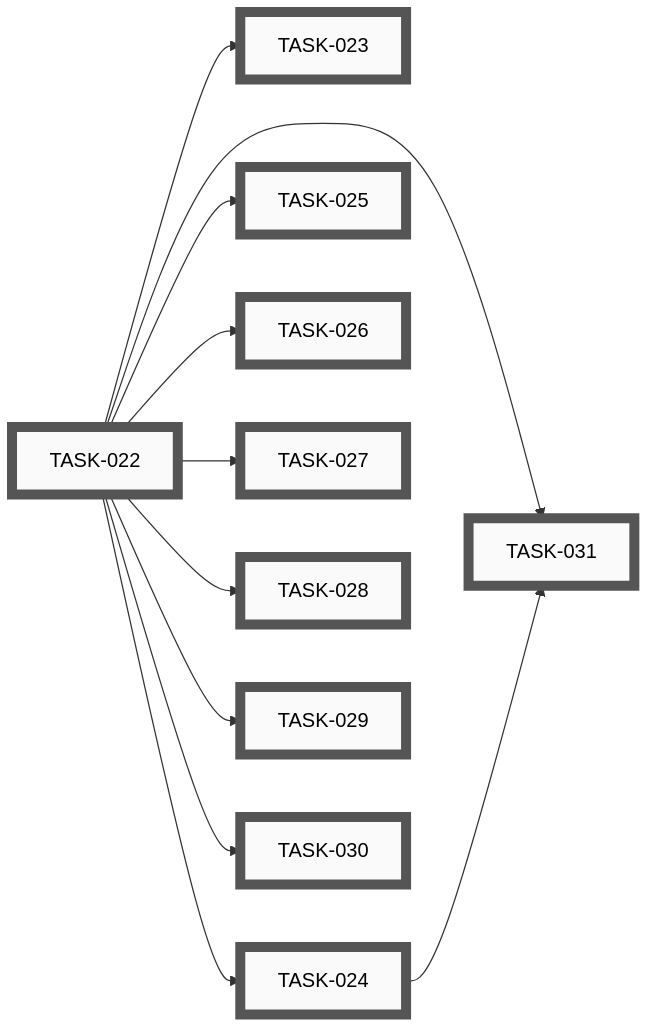
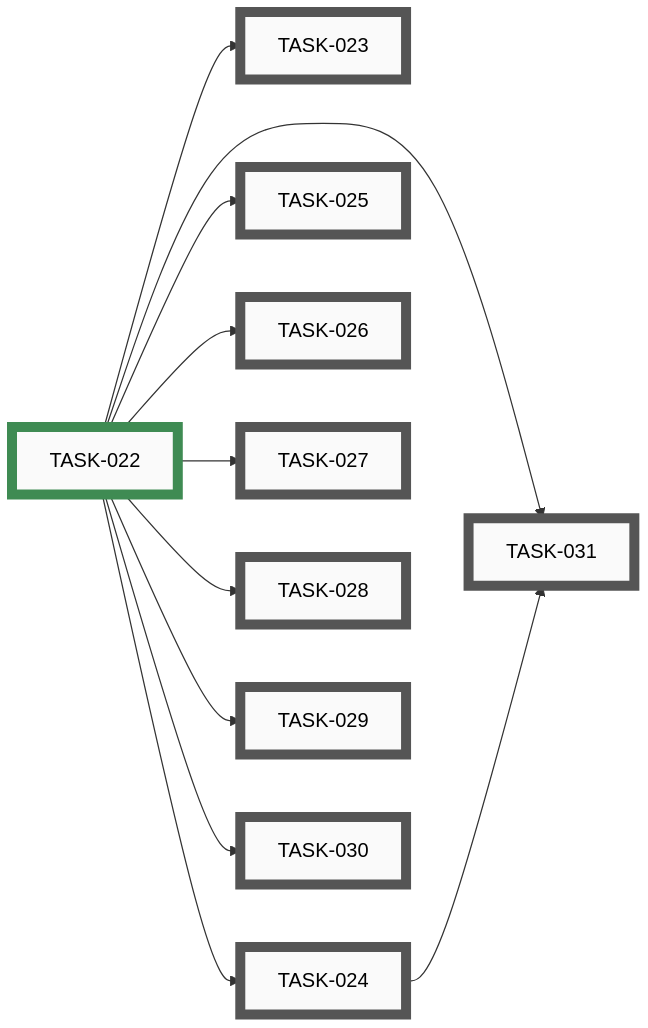
One commit to tgd1975/PartsLedger changed the fourth of 9 diagrams in docs/developers/tasks/EPICS.md. Above: the diagram before and after it, drawn with Mermaid. The commit also changed other lines of this file and 25 other files, not shown here.

````diff
--- a/docs/developers/tasks/EPICS.md
+++ b/docs/developers/tasks/EPICS.md
@@ -183,41 +183,41 @@
 ```mermaid
 graph LR
-    TASK_022["TASK-022"]:::open
     TASK_023["TASK-023"]:::open
     TASK_024["TASK-024"]:::open
     TASK_025["TASK-025"]:::open
     TASK_026["TASK-026"]:::open
     TASK_027["TASK-027"]:::open
     TASK_028["TASK-028"]:::open
     TASK_029["TASK-029"]:::open
     TASK_030["TASK-030"]:::open
     TASK_031["TASK-031"]:::open
+    TASK_022["TASK-022"]:::closed
     TASK_022 --> TASK_023
     TASK_022 --> TASK_024
     TASK_022 --> TASK_025
     TASK_022 --> TASK_026
     TASK_022 --> TASK_027
     TASK_022 --> TASK_028
     TASK_022 --> TASK_029
     TASK_022 --> TASK_030
     TASK_022 --> TASK_031
     TASK_024 --> TASK_031
-    click TASK_022 "open/task-022-adopt-src-layout.md"
     click TASK_023 "open/task-023-releasing-docs-and-release-skill.md"
     click TASK_024 "open/task-024-github-workflows.md"
     click TASK_025 "open/task-025-uv-lock.md"
     click TASK_026 "open/task-026-portability-lint.md"
     click TASK_027 "open/task-027-shim-convention-doc.md"
     click TASK_028 "open/task-028-scripts-drift-audit.md"
     click TASK_029 "open/task-029-optional-dependencies-extras.md"
     click TASK_030 "open/task-030-adr-0001-library-as-installable-package.md"
     click TASK_031 "open/task-031-bootstrap-readme-quickstart.md"
+    click TASK_022 "closed/task-022-adopt-src-layout.md"
     classDef open    fill:#FAFAFA,stroke:#555,stroke-width:8px,color:#000
     classDef active  fill:#FAFAFA,stroke:#1A6FA8,stroke-width:8px,color:#000
     classDef closed  fill:#FAFAFA,stroke:#3F8B53,stroke-width:8px,color:#000
     classDef paused  fill:#FAFAFA,stroke:#B07810,stroke-width:8px,color:#000
     classDef openExt    fill:#000,stroke:#888,stroke-width:8px,color:#FFF
     classDef activeExt  fill:#000,stroke:#3FA9F5,stroke-width:8px,color:#FFF
     classDef closedExt  fill:#000,stroke:#7CC68A,stroke-width:8px,color:#FFF
     classDef pausedExt  fill:#000,stroke:#F0B030,stroke-width:8px,color:#FFF
 ```
````
